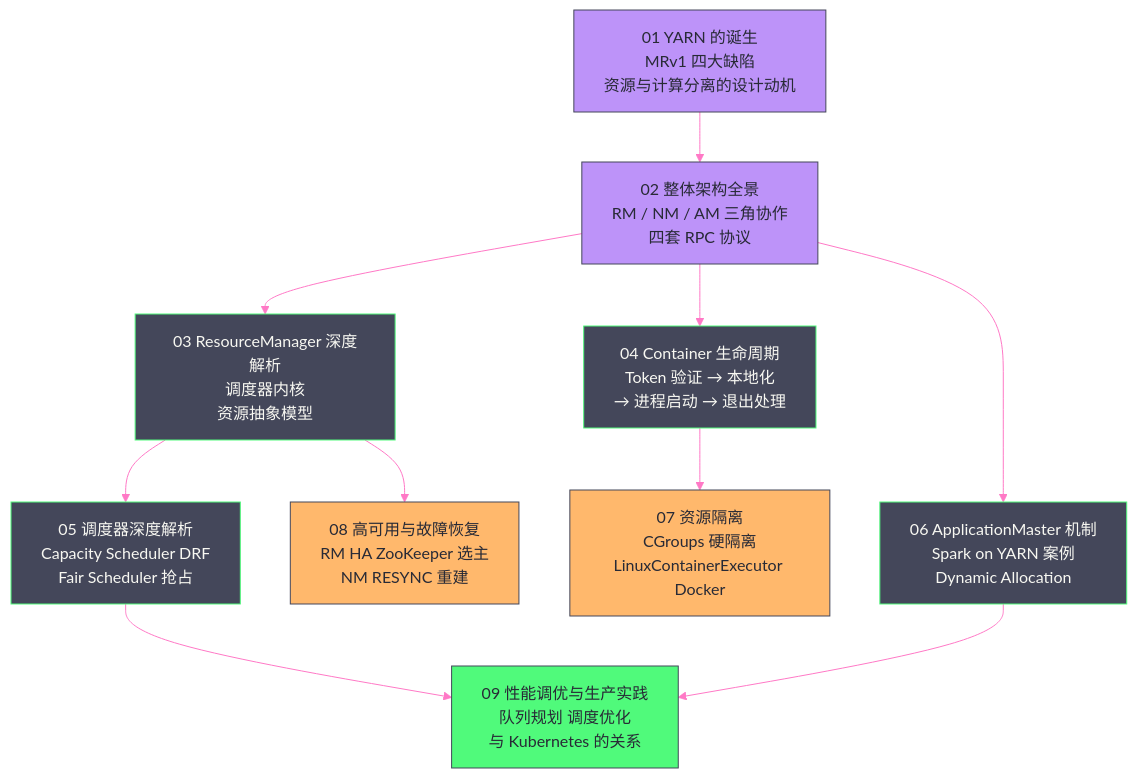
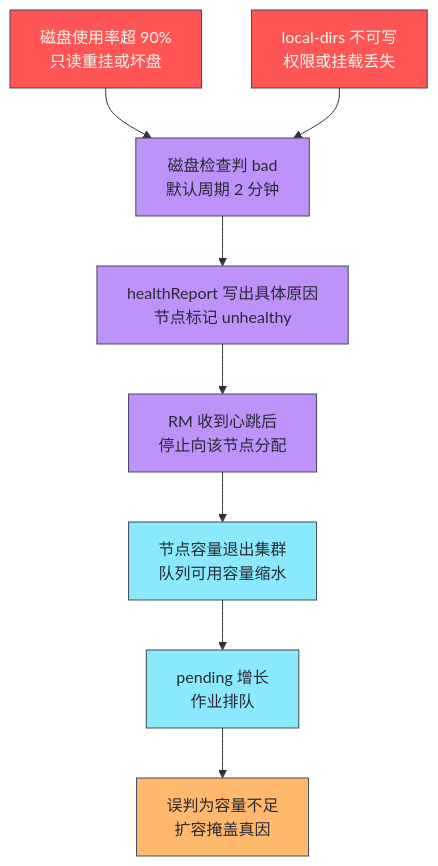
One commit to hpliStartAgain/my-brain changed the fourth of 5 diagrams in content/大数据/Hadoop/Yarn/09 YARN 性能调优与生产实践——队列规划、调度优化与 Kubernetes 展望.md. Above: the diagram before and after it, drawn with Mermaid. The commit also changed other lines of this file and 455 other files, not shown here.

````diff
--- a/content/大数据/Hadoop/Yarn/09 YARN 性能调优与生产实践——队列规划、调度优化与 Kubernetes 展望.md
+++ b/content/大数据/Hadoop/Yarn/09 YARN 性能调优与生产实践——队列规划、调度优化与 Kubernetes 展望.md
@@ -586,32 +458,19 @@
 ```mermaid
-%%{init: {'theme': 'base', 'themeVariables': {'primaryColor': '#6272a4', 'primaryTextColor': '#f8f8f2', 'primaryBorderColor': '#bd93f9', 'lineColor': '#ff79c6', 'secondaryColor': '#44475a', 'tertiaryColor': '#282a36'}}}%%
-graph TD
-    P01["01 YARN 的诞生</br>MRv1 四大缺陷</br>资源与计算分离的设计动机"]
-    P02["02 整体架构全景</br>RM / NM / AM 三角协作</br>四套 RPC 协议"]
-    P03["03 ResourceManager 深度解析</br>调度器内核</br>资源抽象模型"]
-    P04["04 Container 生命周期</br>Token 验证 → 本地化</br>→ 进程启动 → 退出处理"]
-    P05["05 调度器深度解析</br>Capacity Scheduler DRF</br>Fair Scheduler 抢占"]
-    P06["06 ApplicationMaster 机制</br>Spark on YARN 案例</br>Dynamic Allocation"]
-    P07["07 资源隔离</br>CGroups 硬隔离</br>LinuxContainerExecutor Docker"]
-    P08["08 高可用与故障恢复</br>RM HA ZooKeeper 选主</br>NM RESYNC 重建"]
-    P09["09 性能调优与生产实践</br>队列规划 调度优化</br>与 Kubernetes 的关系"]
-
-    P01 --> P02 --> P03
-    P02 --> P04
-    P03 --> P05
-    P02 --> P06
-    P04 --> P07
-    P03 --> P08
-    P05 --> P09
-    P06 --> P09
-
-    classDef foundation fill:#bd93f9,stroke:#44475a,color:#282a36
-    classDef mechanism fill:#44475a,stroke:#50fa7b,color:#f8f8f2
-    classDef advanced fill:#ffb86c,stroke:#44475a,color:#282a36
-    classDef practice fill:#50fa7b,stroke:#44475a,color:#282a36
-
-    class P01,P02 foundation
-    class P03,P04,P05,P06 mechanism
-    class P07,P08 advanced
-    class P09 practice
+%%{init: {'theme': 'dracula'}}%%
+flowchart TD
+    C1["磁盘使用率超 90%<br/>只读重挂或坏盘"] --> CHK["磁盘检查判 bad<br/>默认周期 2 分钟"]
+    C2["local-dirs 不可写<br/>权限或挂载丢失"] --> CHK
+    CHK --> HR["healthReport 写出具体原因<br/>节点标记 unhealthy"]
+    HR --> RM["RM 收到心跳后<br/>停止向该节点分配"]
+    RM --> CAP["节点容量退出集群<br/>队列可用容量缩水"]
+    CAP --> PEND["pending 增长<br/>作业排队"]
+    PEND --> FAKE["误判为容量不足<br/>扩容掩盖真因"]
+    classDef cause fill:#ff5555,stroke:#44475a,color:#f8f8f2
+    classDef step fill:#bd93f9,stroke:#44475a,color:#282a36
+    classDef effect fill:#8be9fd,stroke:#44475a,color:#282a36
+    classDef wrong fill:#ffb86c,stroke:#44475a,color:#282a36
+    class C1,C2 cause
+    class CHK,HR,RM step
+    class CAP,PEND effect
+    class FAKE wrong
 ```
````
